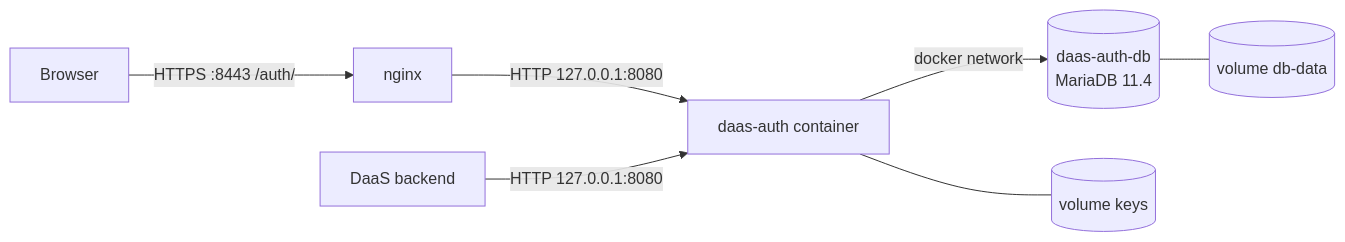
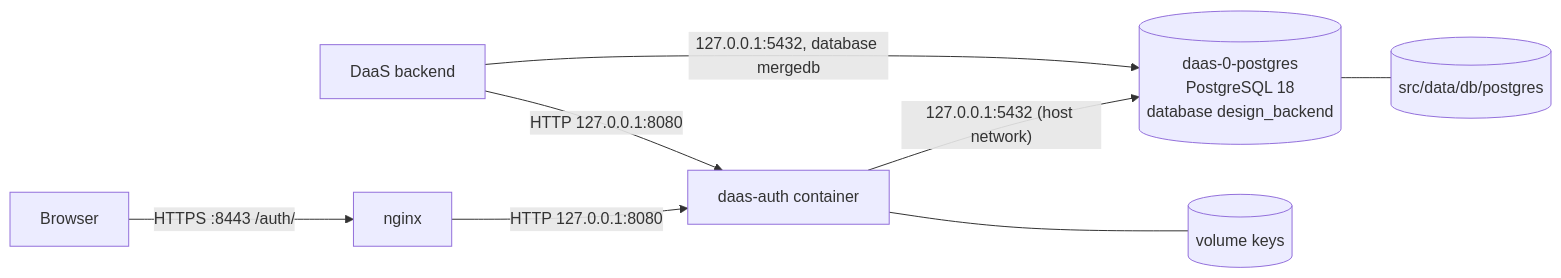
One commit to design-daas-fra-uas/design-daas-backend-java changed the diagram in docs/images/src/arc42-7-2-reference-installation-with-the-design-installer.mmd. Above: the diagram before and after it, drawn with Mermaid. The commit also changed 20 other files, not shown here.

Commit message:
change mariaDb to PostgreSQL

```diff
--- a/docs/images/src/arc42-7-2-reference-installation-with-the-design-installer.mmd
+++ b/docs/images/src/arc42-7-2-reference-installation-with-the-design-installer.mmd
@@ -1,7 +1,8 @@
 flowchart LR
     browser[Browser] -->|"HTTPS :8443 /auth/"| nginx[nginx]
     nginx -->|"HTTP 127.0.0.1:8080"| backend[daas-auth container]
     daas[DaaS backend] -->|"HTTP 127.0.0.1:8080"| backend
-    backend -->|docker network| db[(daas-auth-db<br/>MariaDB 11.4)]
+    backend -->|"127.0.0.1:5432 (host network)"| db[(daas-0-postgres<br/>PostgreSQL 18<br/>database design_backend)]
+    daas -->|"127.0.0.1:5432, database mergedb"| db
     backend --- keys[(volume keys)]
-    db --- data[(volume db-data)]
+    db --- data[(src/data/db/postgres)]
```
